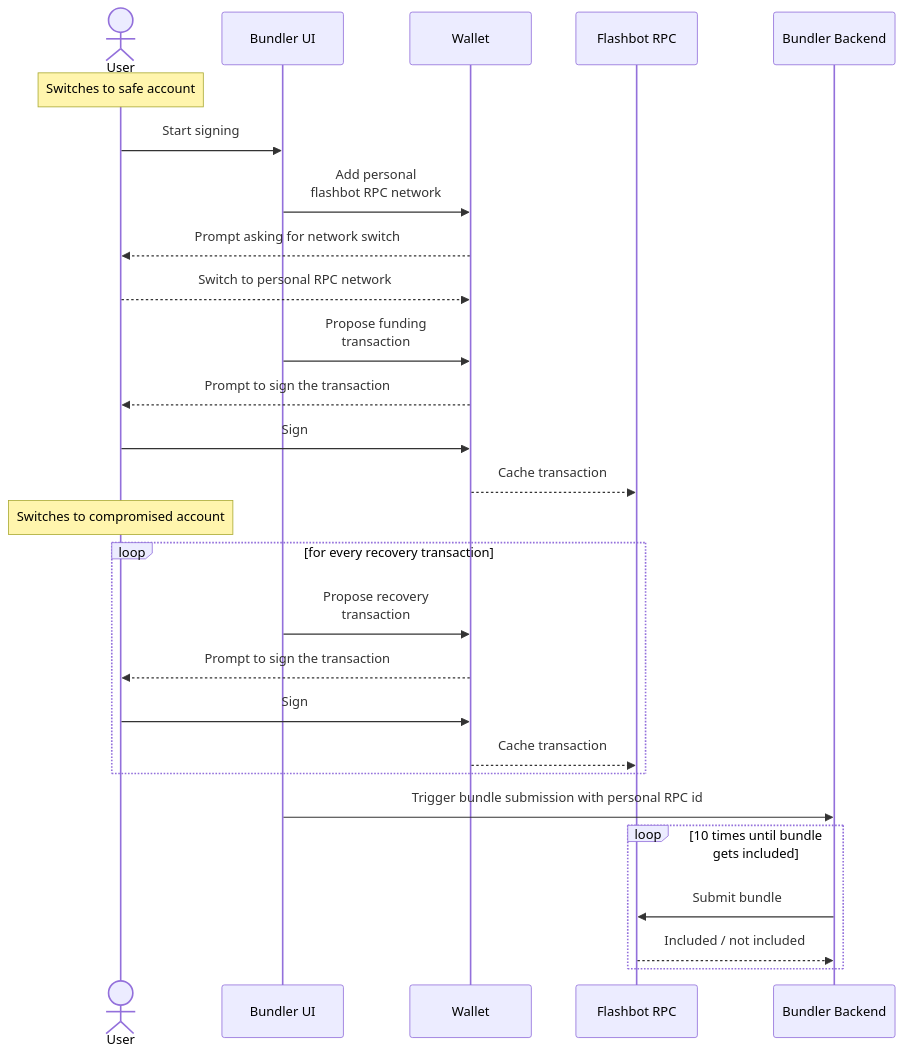
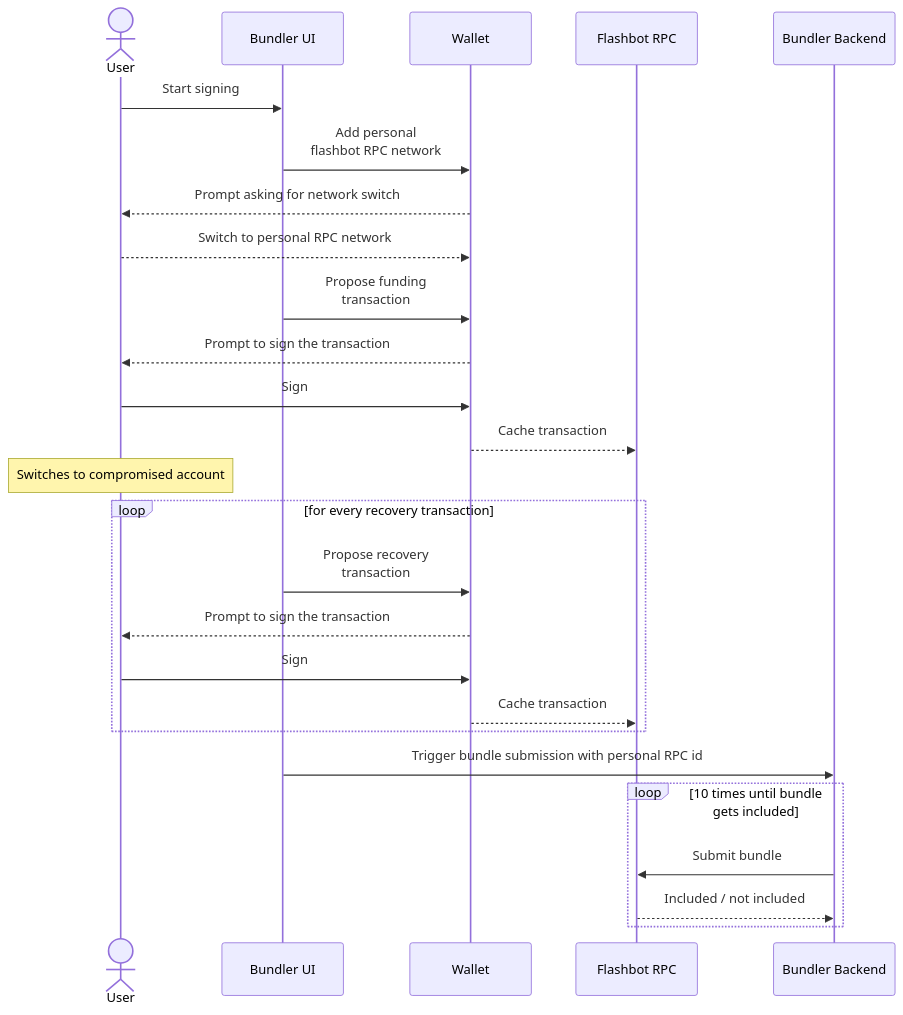
The sixth of 7 diagrams in docs/seq.md (irfanbozkurt/flashbot-recovery-bundler), drawn with Mermaid before and after one commit.

Commit message:
small correction in seq.diag

````diff
--- a/docs/seq.md
+++ b/docs/seq.md
@@ -159,40 +161,38 @@
 ```mermaid
 sequenceDiagram
     actor User
-
-	Note over User: Switches to safe account
 
     participant Bundler UI
 	participant Wallet
 	participant Flashbot RPC
 
 	User->>Bundler UI: Start signing
 
 	Bundler UI->>Wallet: Add personal<br>flashbot RPC network
 	Wallet-->>User: Prompt asking for network switch
 	User-->>Wallet: Switch to personal RPC network
 
 	Bundler UI->>Wallet: Propose funding<br> transaction
 	Wallet-->>User: Prompt to sign the transaction
 	User->>Wallet: Sign
 	Wallet-->>Flashbot RPC: Cache transaction
 
 	Note over User: Switches to compromised account
 
 	loop for every recovery transaction
 		Bundler UI->>Wallet: Propose recovery<br> transaction
 		Wallet-->>User: Prompt to sign the transaction
 		User->>Wallet: Sign
 		Wallet-->>Flashbot RPC: Cache transaction
     end
 
 	participant Bundler Backend
 
 	Bundler UI->>Bundler Backend: Trigger bundle submission with personal RPC id
 
 	loop 10 times until bundle gets included
 		Bundler Backend->>Flashbot RPC: Submit bundle
 		Flashbot RPC-->>Bundler Backend: Included / not included
 	end
 
 ```
````
